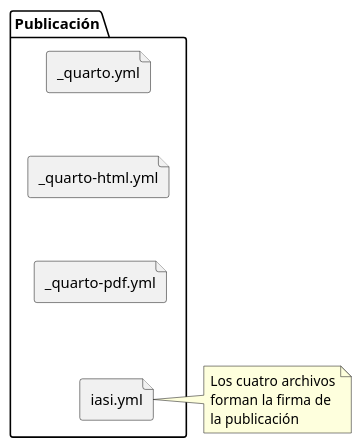
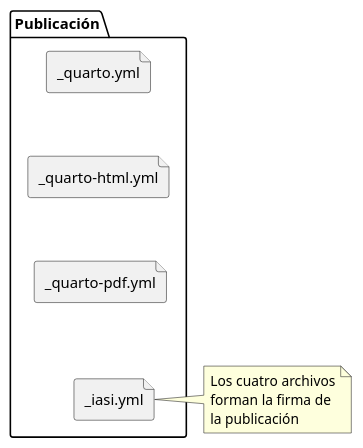
One commit to iasi-org/iasi-quarto-docs changed the first of 2 diagrams in 02-technical-guide/chapters/02-fundamentals/02-project-structure.qmd. Above: the diagram before and after it, drawn with PlantUML. The commit also changed other lines of this file and 44 other files, not shown here.

````diff
--- a/02-technical-guide/chapters/02-fundamentals/02-project-structure.qmd
+++ b/02-technical-guide/chapters/02-fundamentals/02-project-structure.qmd
@@ -19,22 +19,22 @@
 ```{.plantuml}
 @startuml
 top to bottom direction
 
 folder "Publicación" {
   file "_quarto.yml" as quarto
   file "_quarto-html.yml" as html
   file "_quarto-pdf.yml" as pdf
-  file "iasi.yml" as iasi
+  file "_iasi.yml" as iasi
 }
 
 quarto -[hidden]-> html
 html -[hidden]-> pdf
 pdf -[hidden]-> iasi
 
 note right of iasi
 Los cuatro archivos
 forman la firma de
 la publicación
 end note
 @enduml
 ```
````
